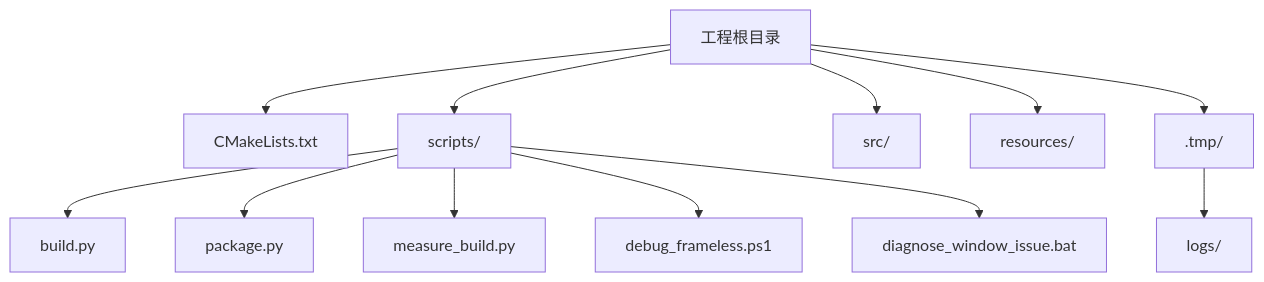
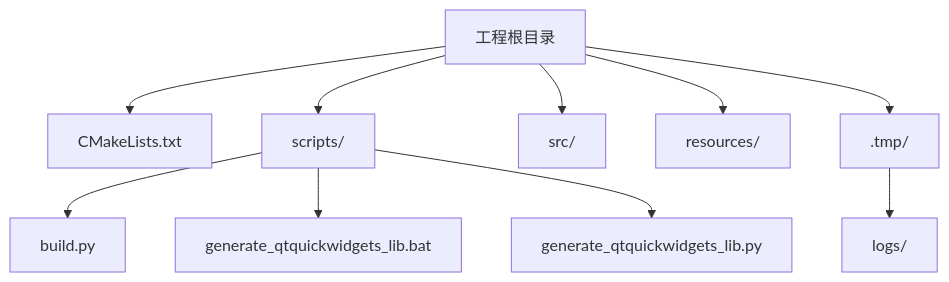
The first of 3 diagrams in .qoder/repowiki/zh/content/开发指南/开发工作流.md (jakecai1225-design/OpenBus), drawn with Mermaid before and after one commit. The commit also changed other lines of this file and 11 other files, not shown here.

````diff
--- a/.qoder/repowiki/zh/content/开发指南/开发工作流.md
+++ b/.qoder/repowiki/zh/content/开发指南/开发工作流.md
@@ -59,14 +51,12 @@
 ```mermaid
 graph TB
 A["工程根目录"] --> B["CMakeLists.txt"]
 A --> C["scripts/"]
 A --> D["src/"]
 A --> E["resources/"]
 A --> F[".tmp/"]
 C --> C1["build.py"]
-C --> C2["package.py"]
-C --> C3["measure_build.py"]
-C --> C4["debug_frameless.ps1"]
-C --> C5["diagnose_window_issue.bat"]
+C --> C2["generate_qtquickwidgets_lib.bat"]
+C --> C3["generate_qtquickwidgets_lib.py"]
 F --> F1["logs/"]
 ```
````
